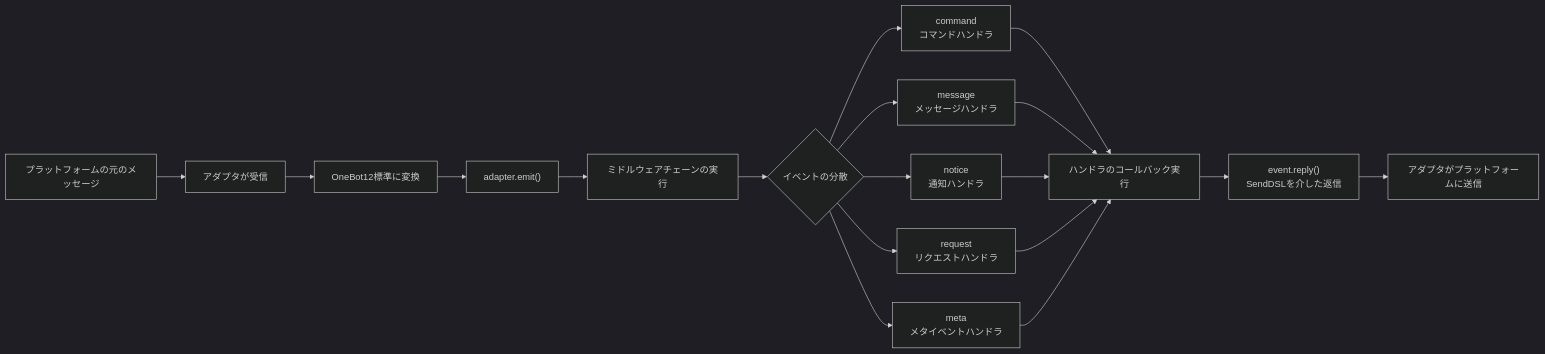
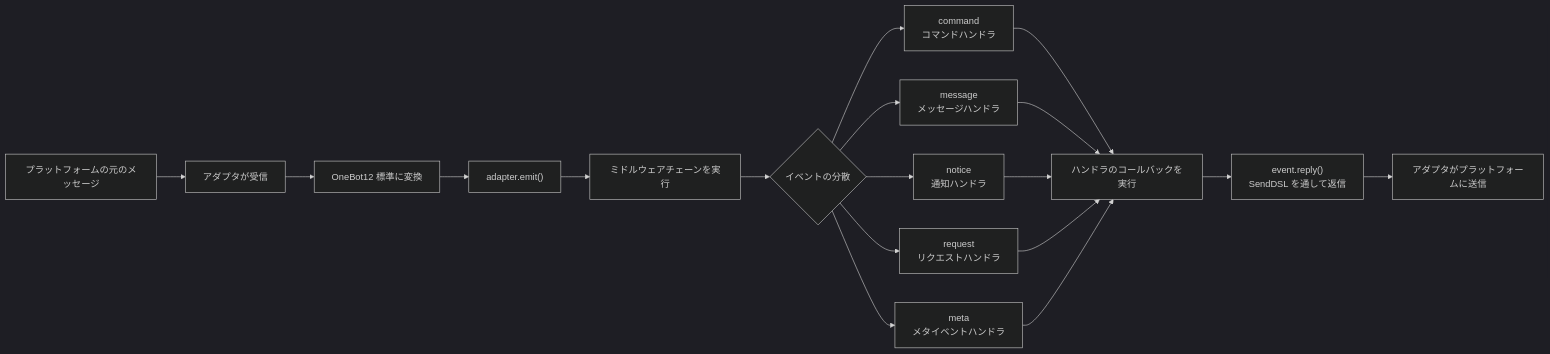
One commit to ErisPulse/ErisPulse changed the third of 10 diagrams in docs/ja/architecture.md. Above: the diagram before and after it, drawn with Mermaid (dark theme). The commit also changed other lines of this file and 828 other files, not shown here.

````diff
--- a/docs/ja/architecture.md
+++ b/docs/ja/architecture.md
@@ -88,16 +91,16 @@
 ```mermaid
 flowchart LR
     A["プラットフォームの元のメッセージ"] --> B["アダプタが受信"]
-    B --> C["OneBot12標準に変換"]
+    B --> C["OneBot12 標準に変換"]
     C --> D["adapter.emit()"]
-    D --> E["ミドルウェアチェーンの実行"]
+    D --> E["ミドルウェアチェーンを実行"]
     E --> F{"イベントの分散"}
     F --> G1["command<br/>コマンドハンドラ"]
     F --> G2["message<br/>メッセージハンドラ"]
     F --> G3["notice<br/>通知ハンドラ"]
     F --> G4["request<br/>リクエストハンドラ"]
     F --> G5["meta<br/>メタイベントハンドラ"]
-    G1 & G2 & G3 & G4 & G5 --> H["ハンドラのコールバック実行"]
-    H --> I["event.reply()<br/>SendDSLを介した返信"]
+    G1 & G2 & G3 & G4 & G5 --> H["ハンドラのコールバックを実行"]
+    H --> I["event.reply()<br/>SendDSL を通して返信"]
     I --> J["アダプタがプラットフォームに送信"]
 ```
````
